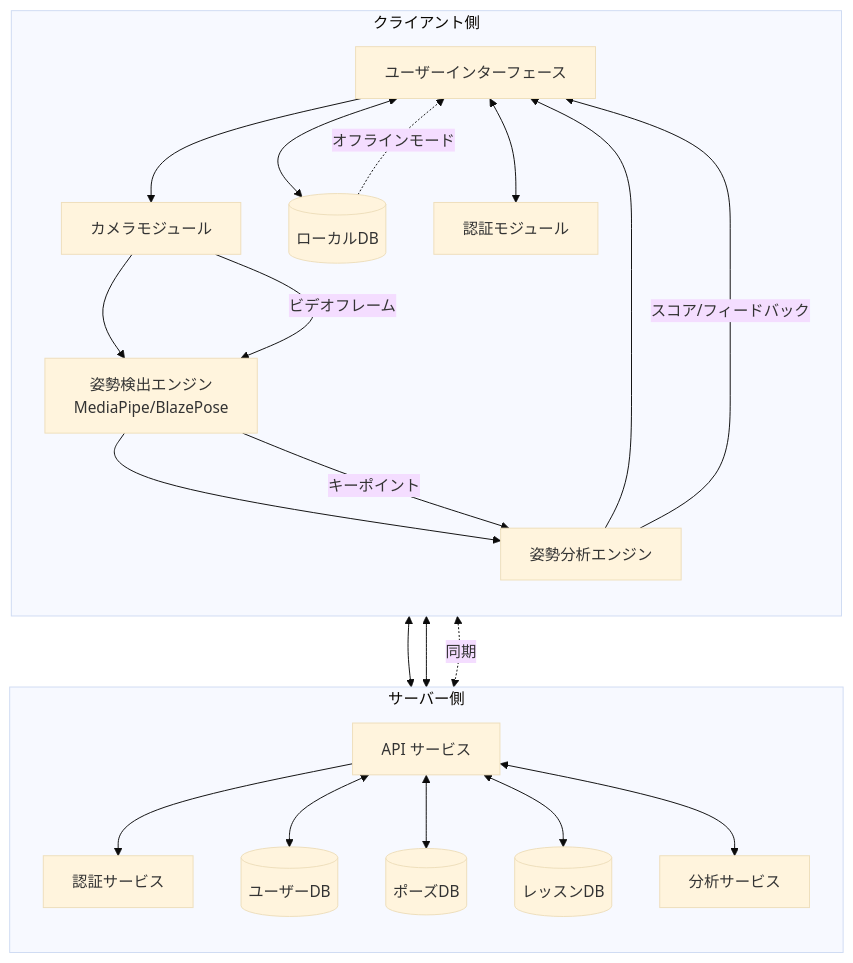
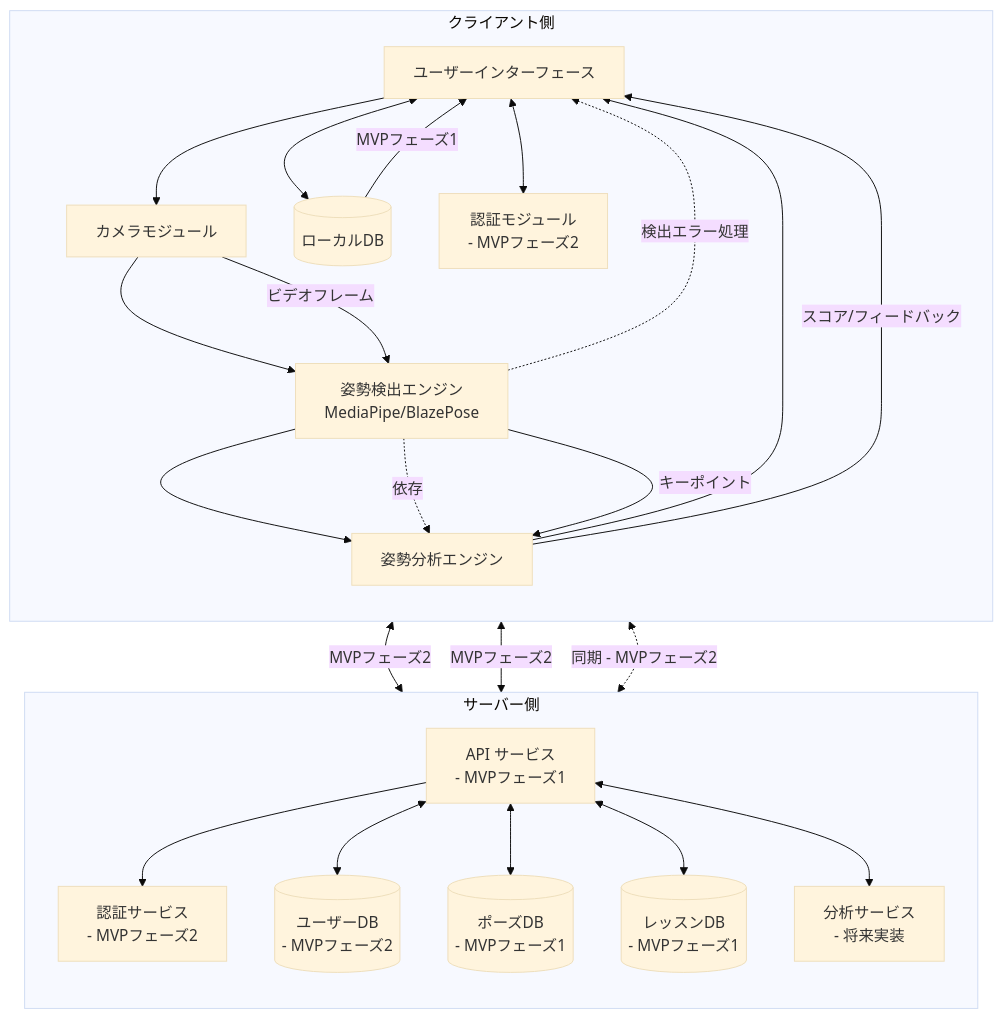
Before and after one commit to hid3x1/yoga-app-sample: the diagram in yoga-app-architecture-diagram.mermaid, drawn with Mermaid (base theme).

```diff
--- a/yoga-app-architecture-diagram.mermaid
+++ b/yoga-app-architecture-diagram.mermaid
@@ -1,48 +1,59 @@
 flowchart TB
     subgraph クライアント側
         direction TB
         UI[ユーザーインターフェース]
         CameraM[カメラモジュール]
         PoseD[姿勢検出エンジン\nMediaPipe/BlazePose]
         PoseA[姿勢分析エンジン]
         LocalDB[(ローカルDB)]
-        AuthM[認証モジュール]
+        
+        %% MVPフェーズでは認証は簡素化
+        AuthM[認証モジュール\n- MVPフェーズ2]
         
         UI --> CameraM
         CameraM --> PoseD
         PoseD --> PoseA
         PoseA --> UI
         UI <--> LocalDB
         UI <--> AuthM
+        
+        %% 依存関係をより明確に
+        PoseD -.-> |依存| PoseA
     end
     
     subgraph サーバー側
         direction TB
-        API[API サービス]
-        AuthS[認証サービス]
-        UserDB[(ユーザーDB)]
-        PoseDB[(ポーズDB)]
-        LessonDB[(レッスンDB)]
-        Analytics[分析サービス]
+        %% MVPフェーズ1ではAPIのみ
+        API[API サービス\n- MVPフェーズ1]
+        AuthS[認証サービス\n- MVPフェーズ2]
+        UserDB[(ユーザーDB\n- MVPフェーズ2)]
+        PoseDB[(ポーズDB\n- MVPフェーズ1)]
+        LessonDB[(レッスンDB\n- MVPフェーズ1)]
+        
+        %% 将来的な機能
+        Analytics[分析サービス\n- 将来実装]
         
         API --> AuthS
         API <--> UserDB
         API <--> PoseDB
         API <--> LessonDB
         API <--> Analytics
     end
     
-    %% クライアントとサーバーの接続
-    AuthM <--> AuthS
-    UI <--> API
+    %% MVPフェーズ1では最初にローカルモードのみ実装
+    LocalDB --> |MVPフェーズ1| UI
     
-    %% オフライン動作モード
-    LocalDB -.-> |オフラインモード| UI
+    %% MVPフェーズ2でオンライン連携
+    AuthM <--> |MVPフェーズ2| AuthS
+    UI <--> |MVPフェーズ2| API
     
-    %% データフロー
+    %% 明確なデータフロー
     CameraM --> |ビデオフレーム| PoseD
     PoseD --> |キーポイント| PoseA
     PoseA --> |スコア/フィードバック| UI
     
-    %% バックエンドとの同期
-    LocalDB <-.-> |同期| API
+    %% バックエンドとの同期（フェーズ2）
+    LocalDB <-.-> |同期 - MVPフェーズ2| API
+    
+    %% エラーハンドリングの追加
+    PoseD -.-> |検出エラー処理| UI
```
